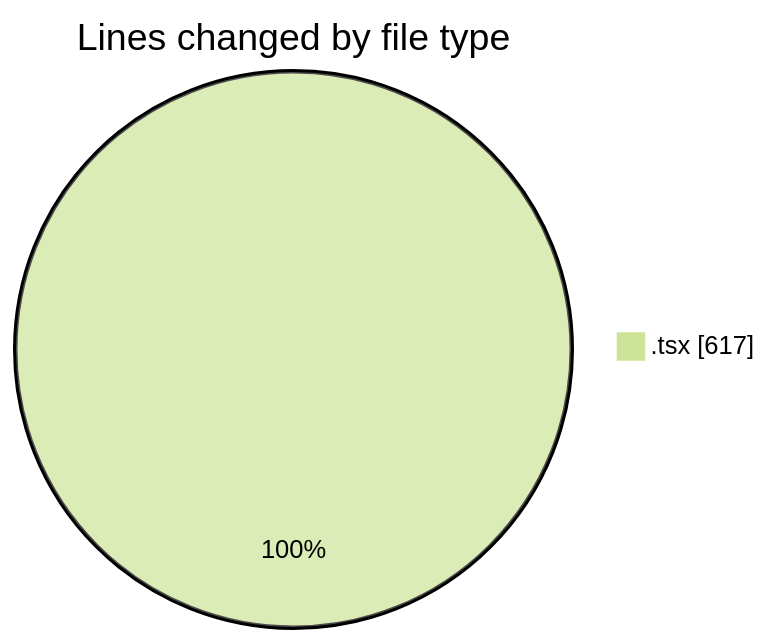
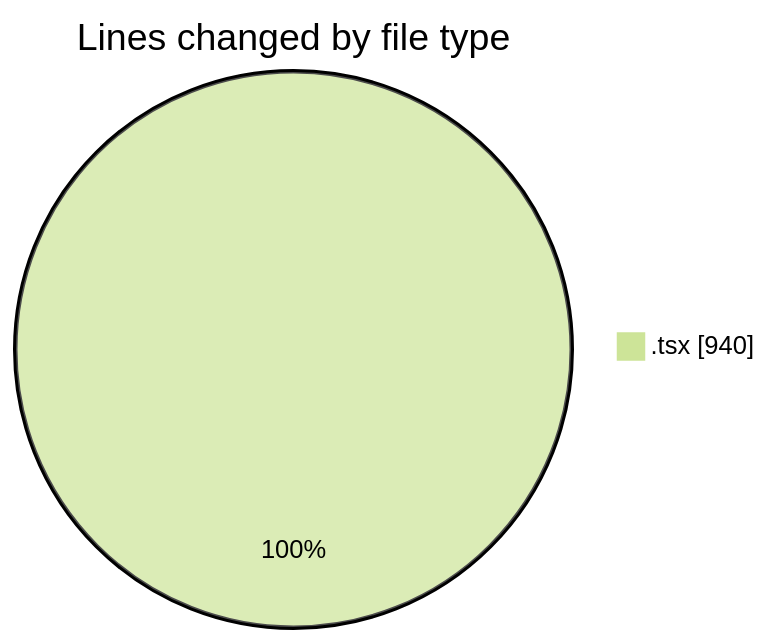
Before and after one commit to momahboobian/code-tracking: the first of 2 diagrams in 2025-07-09/cda/README.md, drawn with Mermaid (forest theme). The commit also changed other lines of this file and 1 other file, not shown here.

````diff
--- a/2025-07-09/cda/README.md
+++ b/2025-07-09/cda/README.md
@@ -20,5 +22,5 @@
 ```mermaid
 pie showData
 title Lines changed by file type
-".tsx" : 617
+".tsx" : 940
 ```
````
